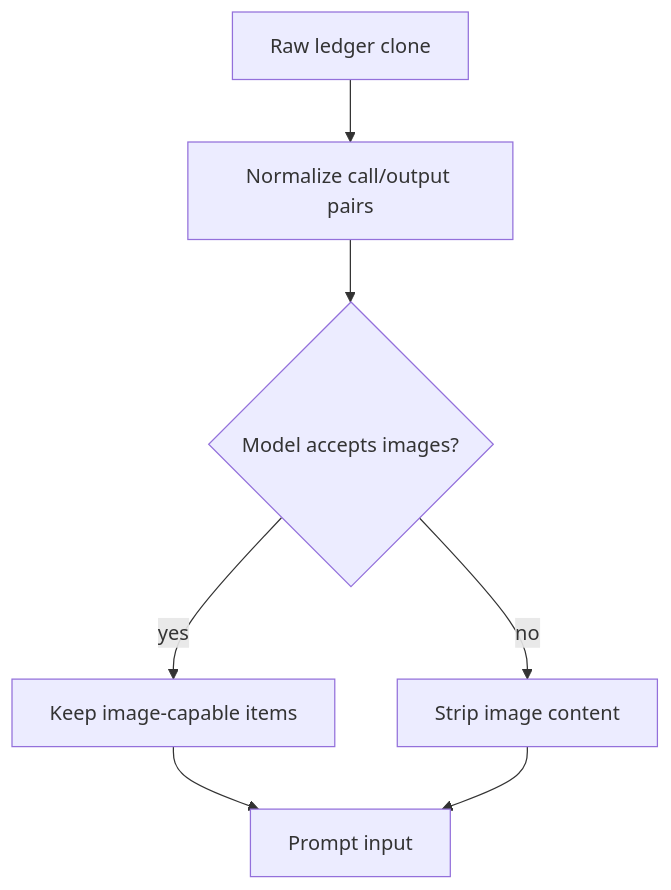
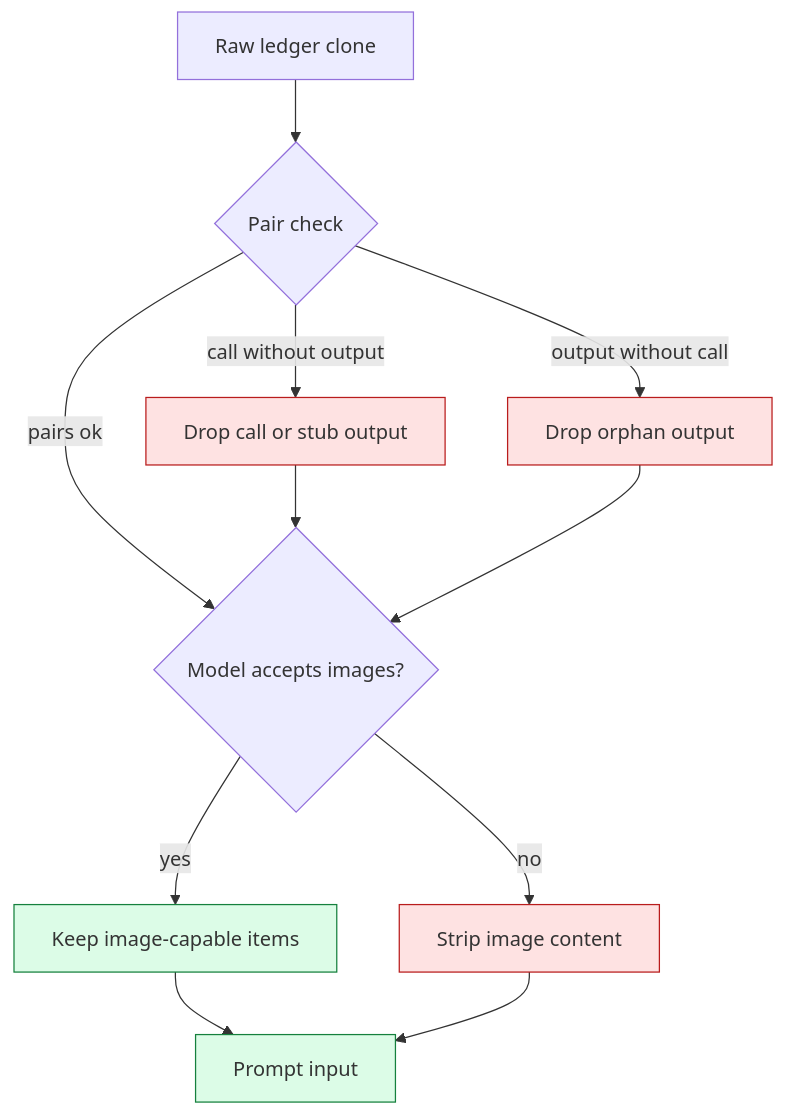
Before and after one commit to WineChord/books: the second of 2 diagrams in docs/codex-context-management/chapter-03.md, drawn with Mermaid. The commit also changed other lines of this file and 21 other files, not shown here.

````diff
--- a/docs/codex-context-management/chapter-03.md
+++ b/docs/codex-context-management/chapter-03.md
@@ -97,9 +147,17 @@
 ```mermaid
 flowchart TD
-  A[Raw ledger clone] --> B[Normalize call/output pairs]
-  B --> C{Model accepts images?}
-  C -- yes --> D[Keep image-capable items]
-  C -- no --> E[Strip image content]
-  D --> F[Prompt input]
-  E --> F
+  A[Raw ledger clone] --> B{Pair check}
+  B -- "call without output" --> C[Drop call or stub output]
+  B -- "output without call" --> D[Drop orphan output]
+  B -- pairs ok --> E{Model accepts images?}
+  E -- yes --> F[Keep image-capable items]
+  E -- no --> G[Strip image content]
+  F --> H[Prompt input]
+  G --> H
+  C --> E
+  D --> E
+  classDef safe fill:#dcfce7,stroke:#15803d;
+  classDef warn fill:#fee2e2,stroke:#b91c1c;
+  class C,D,G warn;
+  class F,H safe;
 ```
````
